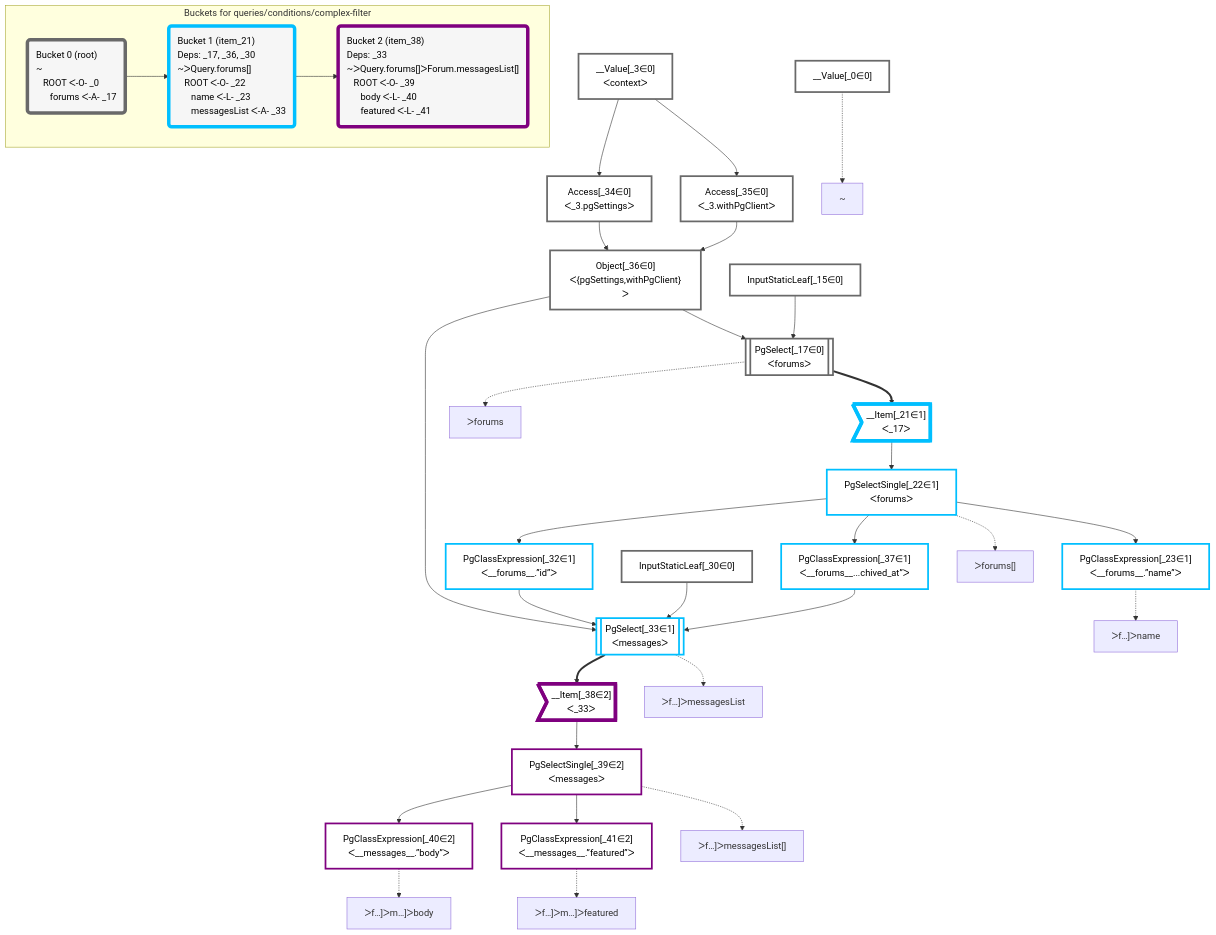
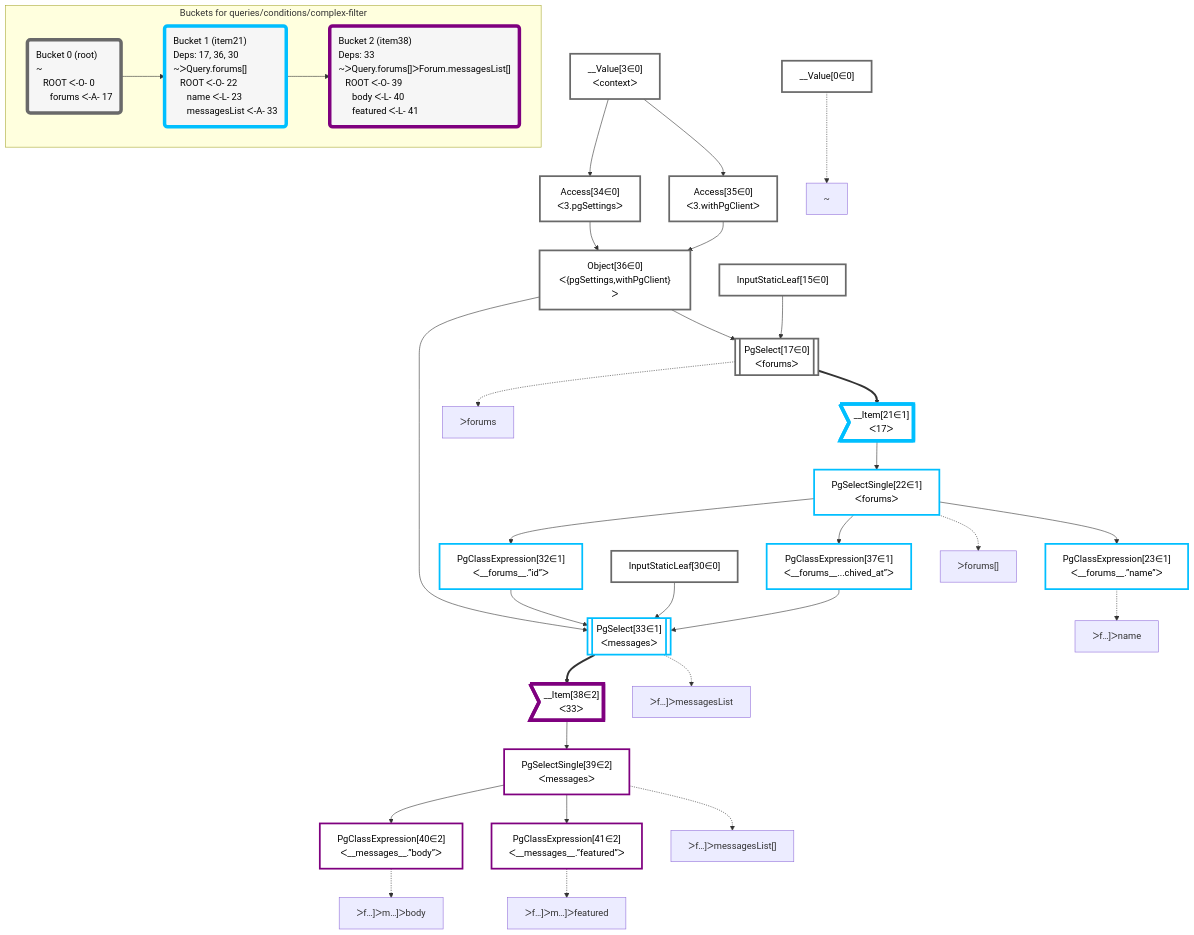
One commit to graphile/crystal changed the diagram in packages/dataplan-pg/__tests__/queries/conditions/complex-filter.deopt.mermaid.md. Above: the diagram before and after it, drawn with Mermaid. The commit also changed 195 other files, not shown here.

````diff
--- a/packages/dataplan-pg/__tests__/queries/conditions/complex-filter.deopt.mermaid.md
+++ b/packages/dataplan-pg/__tests__/queries/conditions/complex-filter.deopt.mermaid.md
@@ -1,77 +1,77 @@
 ```mermaid
 graph TD
     classDef path fill:#eee,stroke:#000,color:#000
     classDef plan fill:#fff,stroke-width:3px,color:#000
     classDef itemplan fill:#fff,stroke-width:6px,color:#000
     classDef sideeffectplan fill:#f00,stroke-width:6px,color:#000
     classDef bucket fill:#f6f6f6,color:#000,stroke-width:6px,text-align:left
 
 
     %% define plans
-    __Value_0["__Value[_0∈0]"]:::plan
-    PgClassExpression_23["PgClassExpression[_23∈1]<br />ᐸ__forums__.”name”ᐳ"]:::plan
-    PgClassExpression_40["PgClassExpression[_40∈2]<br />ᐸ__messages__.”body”ᐳ"]:::plan
-    PgClassExpression_41["PgClassExpression[_41∈2]<br />ᐸ__messages__.”featured”ᐳ"]:::plan
-    PgSelectSingle_39["PgSelectSingle[_39∈2]<br />ᐸmessagesᐳ"]:::plan
-    __Item_38>"__Item[_38∈2]<br />ᐸ_33ᐳ"]:::itemplan
-    PgSelect_33[["PgSelect[_33∈1]<br />ᐸmessagesᐳ"]]:::plan
-    PgClassExpression_32["PgClassExpression[_32∈1]<br />ᐸ__forums__.”id”ᐳ"]:::plan
-    PgClassExpression_37["PgClassExpression[_37∈1]<br />ᐸ__forums__...chived_at”ᐳ"]:::plan
-    PgSelectSingle_22["PgSelectSingle[_22∈1]<br />ᐸforumsᐳ"]:::plan
-    __Item_21>"__Item[_21∈1]<br />ᐸ_17ᐳ"]:::itemplan
-    PgSelect_17[["PgSelect[_17∈0]<br />ᐸforumsᐳ"]]:::plan
-    Object_36["Object[_36∈0]<br />ᐸ{pgSettings,withPgClient}ᐳ"]:::plan
-    Access_34["Access[_34∈0]<br />ᐸ_3.pgSettingsᐳ"]:::plan
-    Access_35["Access[_35∈0]<br />ᐸ_3.withPgClientᐳ"]:::plan
-    __Value_3["__Value[_3∈0]<br />ᐸcontextᐳ"]:::plan
-    InputStaticLeaf_15["InputStaticLeaf[_15∈0]"]:::plan
-    InputStaticLeaf_30["InputStaticLeaf[_30∈0]"]:::plan
+    __Value0["__Value[0∈0]"]:::plan
+    PgClassExpression23["PgClassExpression[23∈1]<br />ᐸ__forums__.”name”ᐳ"]:::plan
+    PgClassExpression40["PgClassExpression[40∈2]<br />ᐸ__messages__.”body”ᐳ"]:::plan
+    PgClassExpression41["PgClassExpression[41∈2]<br />ᐸ__messages__.”featured”ᐳ"]:::plan
+    PgSelectSingle39["PgSelectSingle[39∈2]<br />ᐸmessagesᐳ"]:::plan
+    __Item38>"__Item[38∈2]<br />ᐸ33ᐳ"]:::itemplan
+    PgSelect33[["PgSelect[33∈1]<br />ᐸmessagesᐳ"]]:::plan
+    PgClassExpression32["PgClassExpression[32∈1]<br />ᐸ__forums__.”id”ᐳ"]:::plan
+    PgClassExpression37["PgClassExpression[37∈1]<br />ᐸ__forums__...chived_at”ᐳ"]:::plan
+    PgSelectSingle22["PgSelectSingle[22∈1]<br />ᐸforumsᐳ"]:::plan
+    __Item21>"__Item[21∈1]<br />ᐸ17ᐳ"]:::itemplan
+    PgSelect17[["PgSelect[17∈0]<br />ᐸforumsᐳ"]]:::plan
+    Object36["Object[36∈0]<br />ᐸ{pgSettings,withPgClient}ᐳ"]:::plan
+    Access34["Access[34∈0]<br />ᐸ3.pgSettingsᐳ"]:::plan
+    Access35["Access[35∈0]<br />ᐸ3.withPgClientᐳ"]:::plan
+    __Value3["__Value[3∈0]<br />ᐸcontextᐳ"]:::plan
+    InputStaticLeaf15["InputStaticLeaf[15∈0]"]:::plan
+    InputStaticLeaf30["InputStaticLeaf[30∈0]"]:::plan
 
     %% plan dependencies
-    PgSelectSingle_22 --> PgClassExpression_23
-    PgSelectSingle_39 --> PgClassExpression_40
-    PgSelectSingle_39 --> PgClassExpression_41
-    __Item_38 --> PgSelectSingle_39
-    PgSelect_33 ==> __Item_38
-    Object_36 & PgClassExpression_32 & InputStaticLeaf_30 & PgClassExpression_37 --> PgSelect_33
-    PgSelectSingle_22 --> PgClassExpression_32
-    PgSelectSingle_22 --> PgClassExpression_37
-    __Item_21 --> PgSelectSingle_22
-    PgSelect_17 ==> __Item_21
-    Object_36 & InputStaticLeaf_15 --> PgSelect_17
-    Access_34 & Access_35 --> Object_36
-    __Value_3 --> Access_34
-    __Value_3 --> Access_35
+    PgSelectSingle22 --> PgClassExpression23
+    PgSelectSingle39 --> PgClassExpression40
+    PgSelectSingle39 --> PgClassExpression41
+    __Item38 --> PgSelectSingle39
+    PgSelect33 ==> __Item38
+    Object36 & PgClassExpression32 & InputStaticLeaf30 & PgClassExpression37 --> PgSelect33
+    PgSelectSingle22 --> PgClassExpression32
+    PgSelectSingle22 --> PgClassExpression37
+    __Item21 --> PgSelectSingle22
+    PgSelect17 ==> __Item21
+    Object36 & InputStaticLeaf15 --> PgSelect17
+    Access34 & Access35 --> Object36
+    __Value3 --> Access34
+    __Value3 --> Access35
 
     %% plan-to-path relationships
-    P_0["~"]
-    __Value_0 -.-> P_0
-    P_17["ᐳforums"]
-    PgSelect_17 -.-> P_17
-    P_22["ᐳforums[]"]
-    PgSelectSingle_22 -.-> P_22
-    P_23["ᐳf…]ᐳname"]
-    PgClassExpression_23 -.-> P_23
-    P_33["ᐳf…]ᐳmessagesList"]
-    PgSelect_33 -.-> P_33
-    P_39["ᐳf…]ᐳmessagesList[]"]
-    PgSelectSingle_39 -.-> P_39
-    P_40["ᐳf…]ᐳm…]ᐳbody"]
-    PgClassExpression_40 -.-> P_40
-    P_41["ᐳf…]ᐳm…]ᐳfeatured"]
-    PgClassExpression_41 -.-> P_41
+    P0["~"]
+    __Value0 -.-> P0
+    P17["ᐳforums"]
+    PgSelect17 -.-> P17
+    P22["ᐳforums[]"]
+    PgSelectSingle22 -.-> P22
+    P23["ᐳf…]ᐳname"]
+    PgClassExpression23 -.-> P23
+    P33["ᐳf…]ᐳmessagesList"]
+    PgSelect33 -.-> P33
+    P39["ᐳf…]ᐳmessagesList[]"]
+    PgSelectSingle39 -.-> P39
+    P40["ᐳf…]ᐳm…]ᐳbody"]
+    PgClassExpression40 -.-> P40
+    P41["ᐳf…]ᐳm…]ᐳfeatured"]
+    PgClassExpression41 -.-> P41
 
     subgraph "Buckets for queries/conditions/complex-filter"
-    Bucket0("Bucket 0 (root)<br />~<br />⠀ROOT ᐸ-O- _0<br />⠀⠀forums ᐸ-A- _17"):::bucket
+    Bucket0("Bucket 0 (root)<br />~<br />⠀ROOT ᐸ-O- 0<br />⠀⠀forums ᐸ-A- 17"):::bucket
     classDef bucket0 stroke:#696969
-    class Bucket0,__Value_0,__Value_3,InputStaticLeaf_15,PgSelect_17,InputStaticLeaf_30,Access_34,Access_35,Object_36 bucket0
-    Bucket1("Bucket 1 (item_21)<br />Deps: _17, _36, _30<br />~ᐳQuery.forums[]<br />⠀ROOT ᐸ-O- _22<br />⠀⠀name ᐸ-L- _23<br />⠀⠀messagesList ᐸ-A- _33"):::bucket
+    class Bucket0,__Value0,__Value3,InputStaticLeaf15,PgSelect17,InputStaticLeaf30,Access34,Access35,Object36 bucket0
+    Bucket1("Bucket 1 (item21)<br />Deps: 17, 36, 30<br />~ᐳQuery.forums[]<br />⠀ROOT ᐸ-O- 22<br />⠀⠀name ᐸ-L- 23<br />⠀⠀messagesList ᐸ-A- 33"):::bucket
     classDef bucket1 stroke:#00bfff
-    class Bucket1,__Item_21,PgSelectSingle_22,PgClassExpression_23,PgClassExpression_32,PgSelect_33,PgClassExpression_37 bucket1
-    Bucket2("Bucket 2 (item_38)<br />Deps: _33<br />~ᐳQuery.forums[]ᐳForum.messagesList[]<br />⠀ROOT ᐸ-O- _39<br />⠀⠀body ᐸ-L- _40<br />⠀⠀featured ᐸ-L- _41"):::bucket
+    class Bucket1,__Item21,PgSelectSingle22,PgClassExpression23,PgClassExpression32,PgSelect33,PgClassExpression37 bucket1
+    Bucket2("Bucket 2 (item38)<br />Deps: 33<br />~ᐳQuery.forums[]ᐳForum.messagesList[]<br />⠀ROOT ᐸ-O- 39<br />⠀⠀body ᐸ-L- 40<br />⠀⠀featured ᐸ-L- 41"):::bucket
     classDef bucket2 stroke:#7f007f
-    class Bucket2,__Item_38,PgSelectSingle_39,PgClassExpression_40,PgClassExpression_41 bucket2
+    class Bucket2,__Item38,PgSelectSingle39,PgClassExpression40,PgClassExpression41 bucket2
     Bucket0 --> Bucket1
     Bucket1 --> Bucket2
     end
 ```
````
